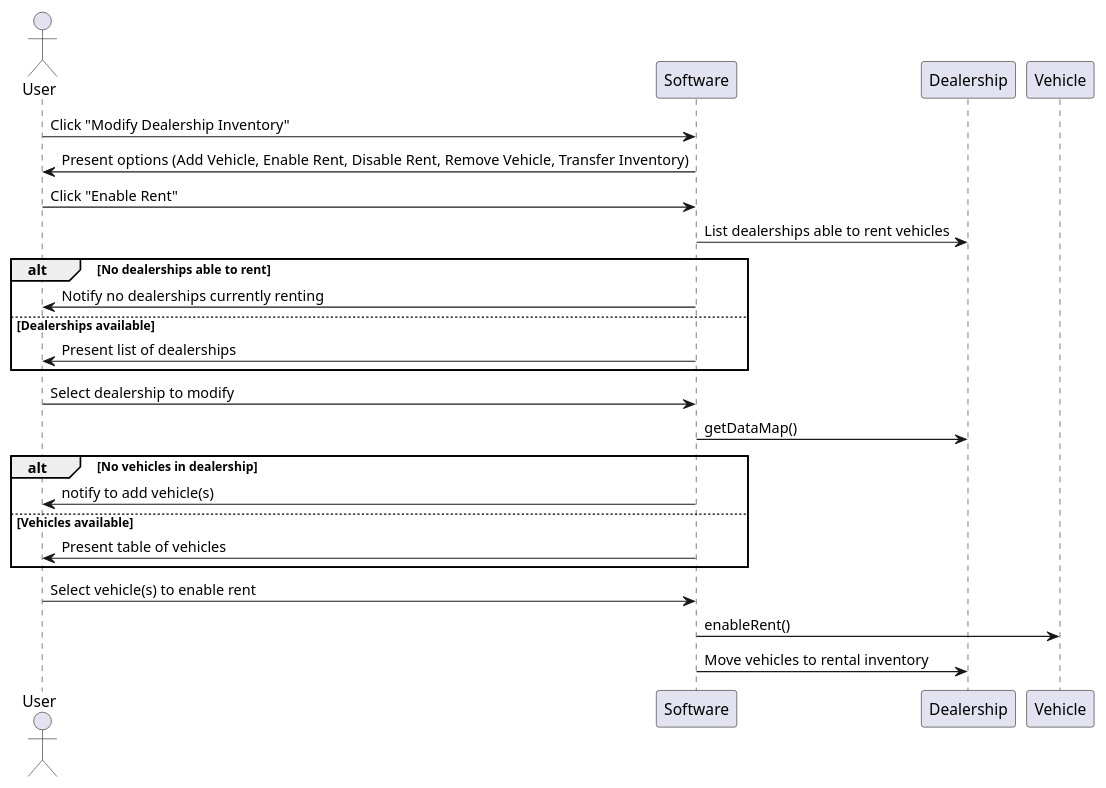
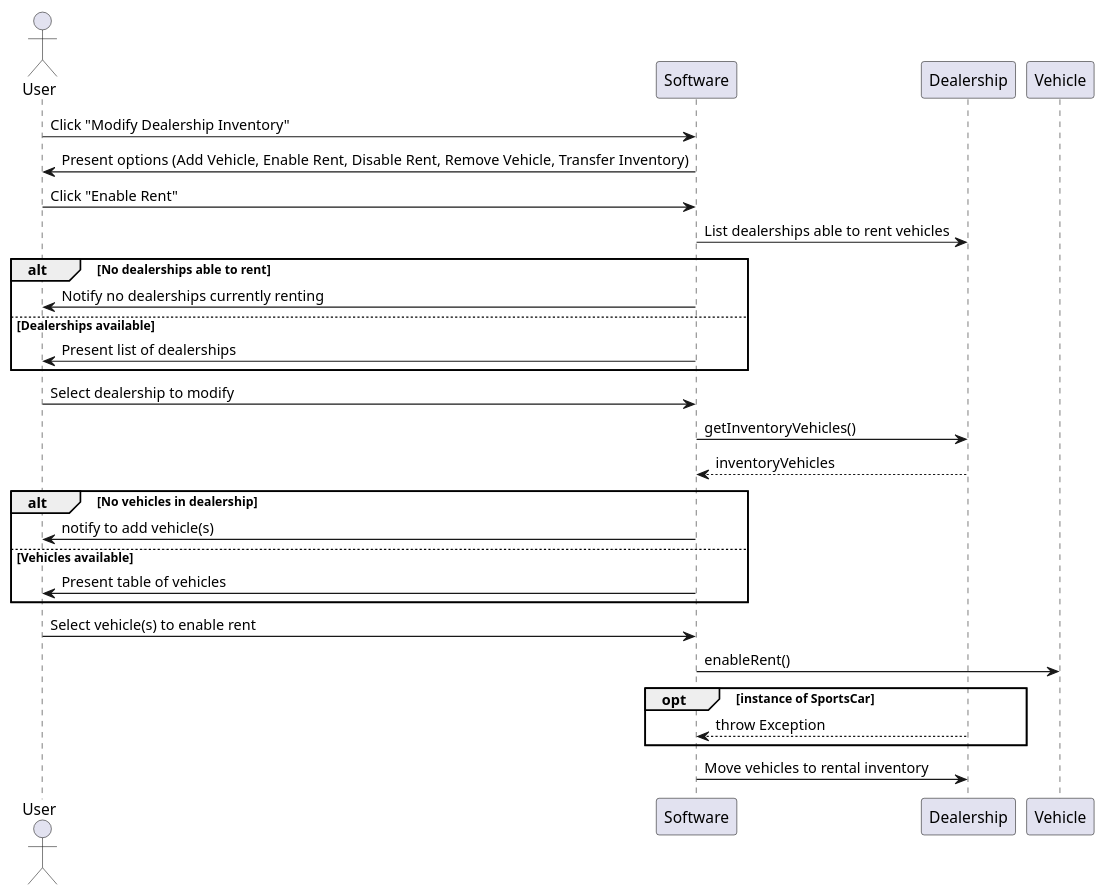
One commit to masonday1/DealershipProject changed the diagram in UMLdiagrams/EnableVehicleRentStatusSequenceDiagram.puml. Above: the diagram before and after it, drawn with PlantUML. The commit also changed 6 other files, not shown here.

Commit message:
Updated sequence diagrams and requirements. They still need to be worked on.

```diff
--- a/UMLdiagrams/EnableVehicleRentStatusSequenceDiagram.puml
+++ b/UMLdiagrams/EnableVehicleRentStatusSequenceDiagram.puml
@@ -1,30 +1,35 @@
 @startuml
 'https://plantuml.com/sequence-diagram
 
 actor User
 participant "Software" as System
 participant "Dealership" as Dealership
 participant "Vehicle" as Vehicle
 
 User -> System: Click "Modify Dealership Inventory"
 System -> User: Present options (Add Vehicle, Enable Rent, Disable Rent, Remove Vehicle, Transfer Inventory)
 User -> System: Click "Enable Rent"
 System -> Dealership: List dealerships able to rent vehicles
 alt No dealerships able to rent
     System -> User: Notify no dealerships currently renting
 else Dealerships available
     System -> User: Present list of dealerships
     end
 
 User -> System: Select dealership to modify
-System -> Dealership: getDataMap()
+System -> Dealership: getInventoryVehicles()
+Dealership --> System: inventoryVehicles
 alt No vehicles in dealership
     System -> User: notify to add vehicle(s)
  else Vehicles available
     System -> User: Present table of vehicles
     end
 
 User -> System: Select vehicle(s) to enable rent
 System -> Vehicle: enableRent()
+opt instance of SportsCar
+    Dealership --> System: throw Exception
+    end
+
 System -> Dealership : Move vehicles to rental inventory
 @enduml
```
